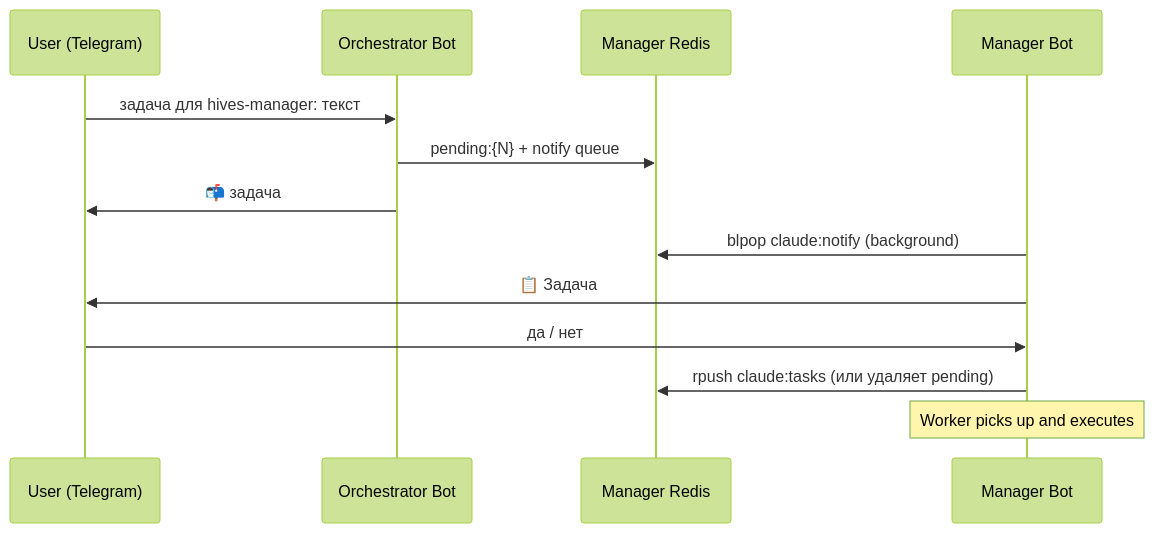
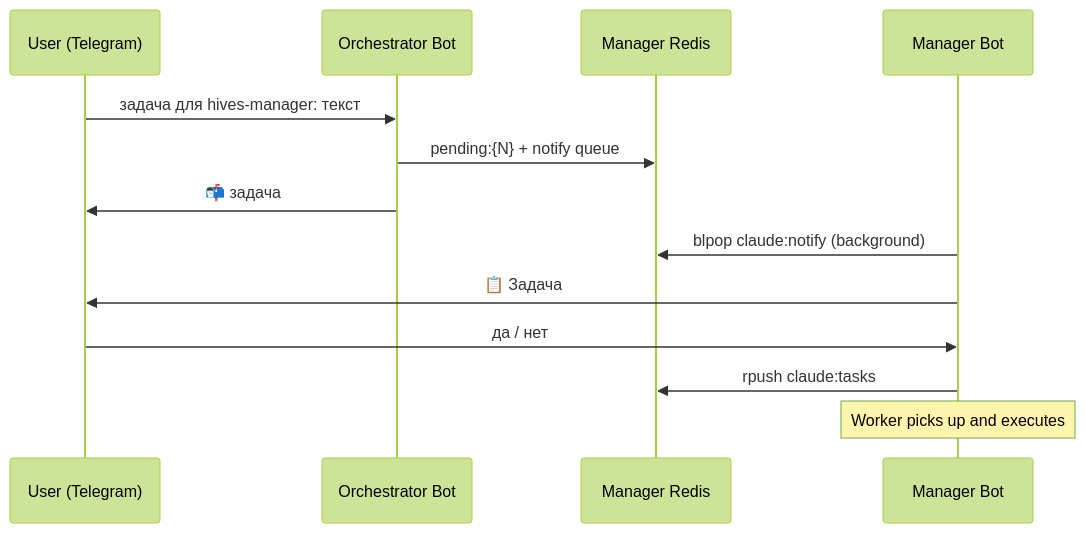
The diagram in README.md (NeradziukA/orchestrator), drawn with Mermaid (forest theme) before and after one commit. The commit also changed 1 other file, not shown here.

Commit message:
fix: orchestrator only reports task routed, confirmation is manager's responsibility

````diff
--- a/README.md
+++ b/README.md
@@ -7,18 +7,17 @@
 ```mermaid
 sequenceDiagram
     participant U as User (Telegram)
     participant O as Orchestrator Bot
     participant R as Manager Redis
     participant M as Manager Bot
 
     U->>O: задача для hives-manager: текст
     O->>R: pending:{N} + notify queue
     O->>U: 📬 задача #N передана
 
     M->>R: blpop claude:notify (background)
     M->>U: 📋 Задача #N — запустить?
-
     U->>M: да / нет
-    M->>R: rpush claude:tasks (или удаляет pending)
+    M->>R: rpush claude:tasks
     Note over M: Worker picks up and executes
 ```
````
